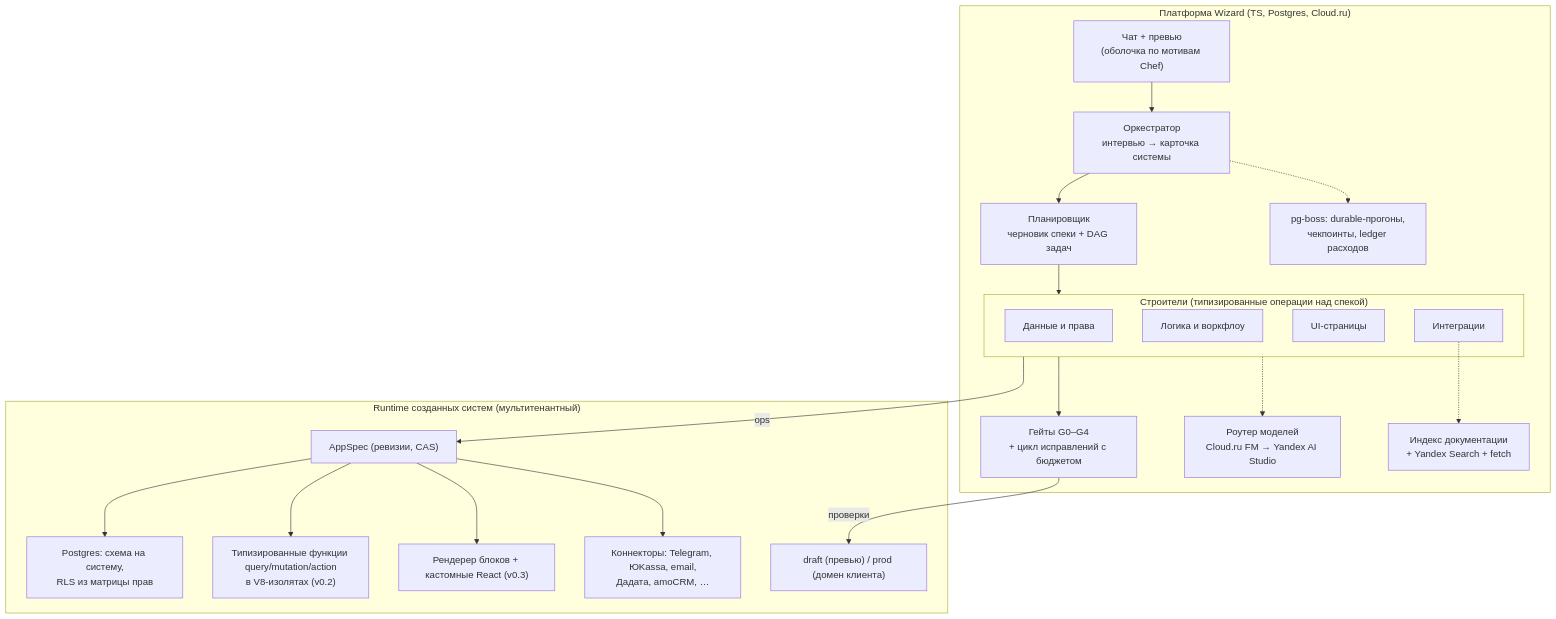
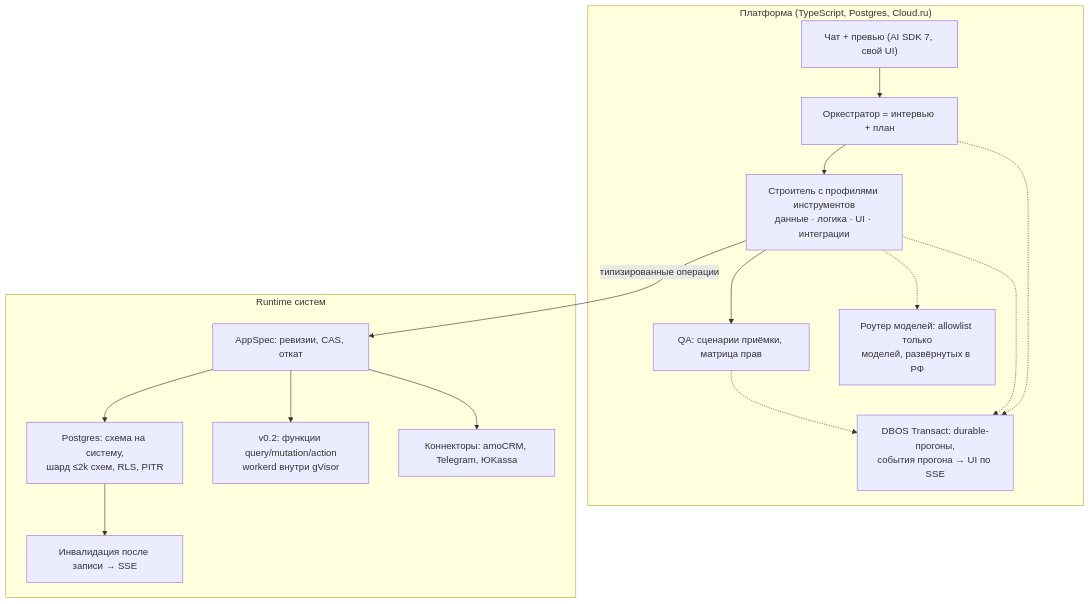
Before and after one commit to mrflxxxme/wizard: the diagram in docs/concept.md, drawn with Mermaid. The commit also changed other lines of this file and 3 other files, not shown here.

````diff
--- a/docs/concept.md
+++ b/docs/concept.md
@@ -21,33 +33,24 @@
 ```mermaid
 flowchart TB
-  subgraph Platform["Платформа Wizard (TS, Postgres, Cloud.ru)"]
-    Chat["Чат + превью<br/>(оболочка по мотивам Chef)"]
-    Orch["Оркестратор<br/>интервью → карточка системы"]
-    Plan["Планировщик<br/>черновик спеки + DAG задач"]
-    subgraph Builders["Строители (типизированные операции над спекой)"]
-      BD["Данные и права"]
-      BL["Логика и воркфлоу"]
-      BU["UI-страницы"]
-      BI["Интеграции"]
-    end
-    Gates["Гейты G0–G4<br/>+ цикл исправлений с бюджетом"]
-    Router["Роутер моделей<br/>Cloud.ru FM → Yandex AI Studio"]
-    Docs["Индекс документации<br/>+ Yandex Search + fetch"]
-    Queue["pg-boss: durable-прогоны,<br/>чекпоинты, ledger расходов"]
+  subgraph Platform["Платформа (TypeScript, Postgres, Cloud.ru)"]
+    Chat["Чат + превью (AI SDK 7, свой UI)"]
+    Orch["Оркестратор = интервью + план"]
+    Build["Строитель с профилями инструментов<br/>данные · логика · UI · интеграции"]
+    QA["QA: сценарии приёмки, матрица прав"]
+    Flow["DBOS Transact: durable-прогоны,<br/>события прогона → UI по SSE"]
+    Router["Роутер моделей: allowlist только<br/>моделей, развёрнутых в РФ"]
   end
-  subgraph Runtime["Runtime созданных систем (мультитенантный)"]
-    Spec["AppSpec (ревизии, CAS)"]
-    PG["Postgres: схема на систему,<br/>RLS из матрицы прав"]
-    Fn["Типизированные функции query/mutation/action<br/>в V8-изолятах (v0.2)"]
-    UI["Рендерер блоков + кастомные React (v0.3)"]
-    Conn["Коннекторы: Telegram, ЮKassa, email,<br/>Дадата, amoCRM, …"]
-    Env["draft (превью) / prod (домен клиента)"]
+  subgraph Runtime["Runtime систем"]
+    Spec["AppSpec: ревизии, CAS, откат"]
+    PG["Postgres: схема на систему,<br/>шард ≤2k схем, RLS, PITR"]
+    Bus["Инвалидация после записи → SSE"]
+    Fn["v0.2: функции query/mutation/action<br/>workerd внутри gVisor"]
+    Conn["Коннекторы: amoCRM, Telegram, ЮKassa"]
   end
-  Chat --> Orch --> Plan --> Builders --> Gates
-  Builders -- "ops" --> Spec
-  Gates -- "проверки" --> Env
-  Spec --> PG & Fn & UI & Conn
-  Builders -.-> Router
-  BI -.-> Docs
-  Orch -.-> Queue
+  Chat --> Orch --> Build --> QA
+  Orch & Build & QA -.-> Flow
+  Build -.-> Router
+  Build -- "типизированные операции" --> Spec
+  Spec --> PG --> Bus
+  Spec --> Fn & Conn
 ```
````
